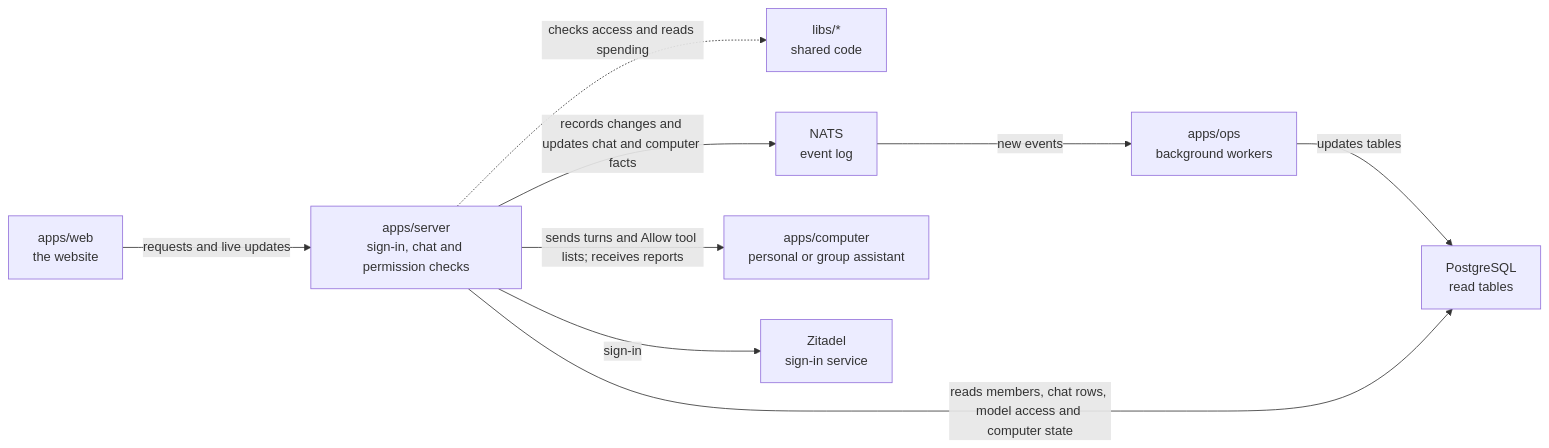
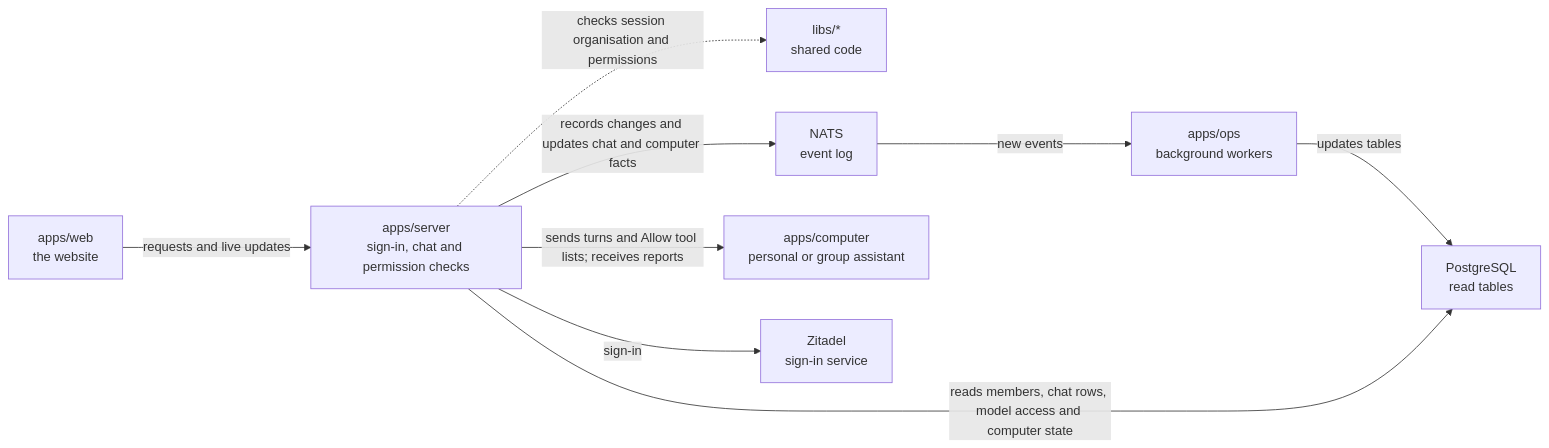
Before and after one commit to elewa-git/opencrane-new: the diagram in apps/server/README.md, drawn with Mermaid. The commit also changed other lines of this file and 17 other files, not shown here.

Commit message:
🔒 Refuse production identity exceptions and share session checks

````diff
--- a/apps/server/README.md
+++ b/apps/server/README.md
@@ -11,11 +11,11 @@
 ```mermaid
 flowchart LR
   web["apps/web<br/>the website"] -->|requests and live updates| server["apps/server<br/>sign-in, chat and permission checks"]
-  server -.->|checks access and reads spending| libs["libs/*<br/>shared code"]
+  server -.->|checks session organisation and permissions| libs["libs/*<br/>shared code"]
   server -->|records changes and updates chat and computer facts| nats["NATS<br/>event log"]
   nats -->|new events| ops["apps/ops<br/>background workers"]
   ops -->|updates tables| postgres["PostgreSQL<br/>read tables"]
   server -->|reads members, chat rows, model access and computer state| postgres
   server -->|sends turns and Allow tool lists; receives reports| computer["apps/computer<br/>personal or group assistant"]
   server -->|sign-in| zitadel["Zitadel<br/>sign-in service"]
 ```
````
